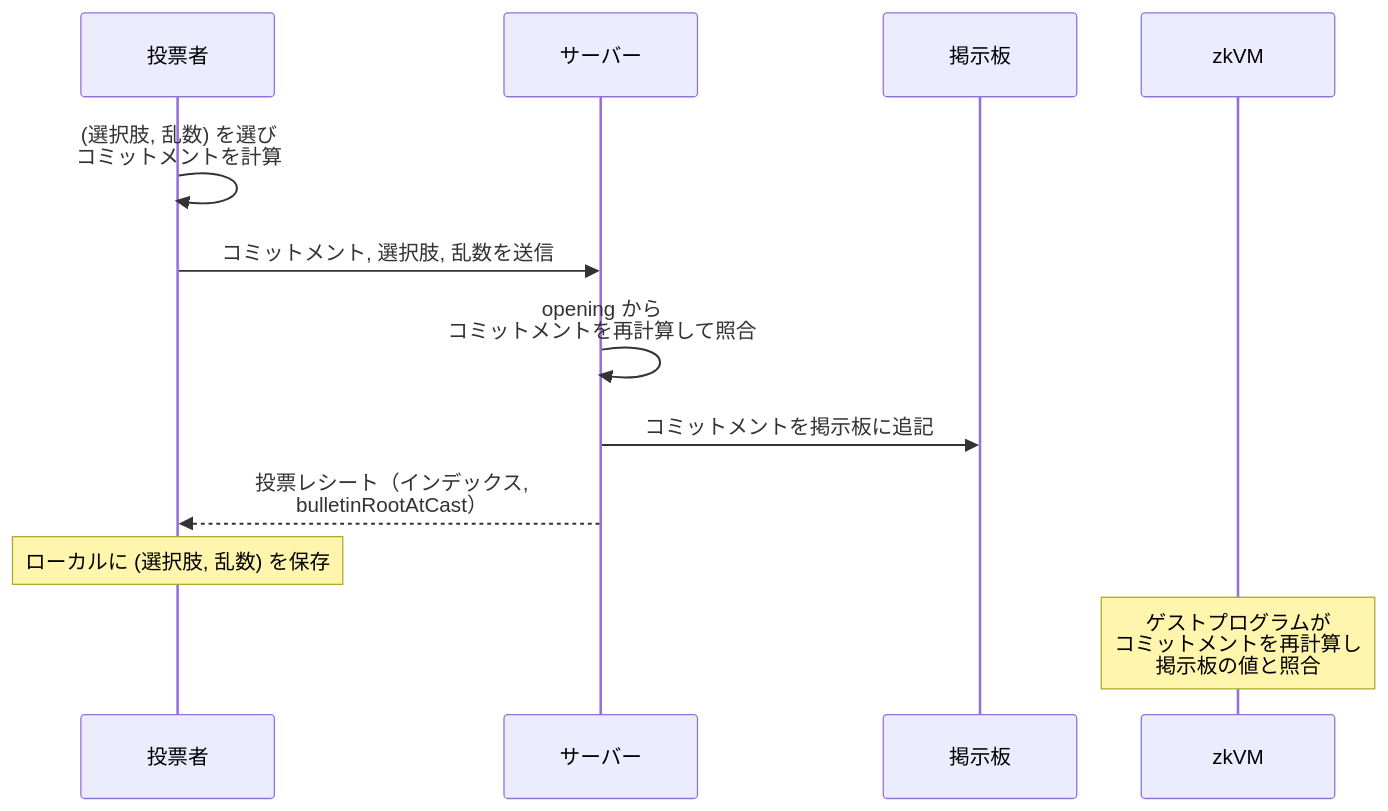
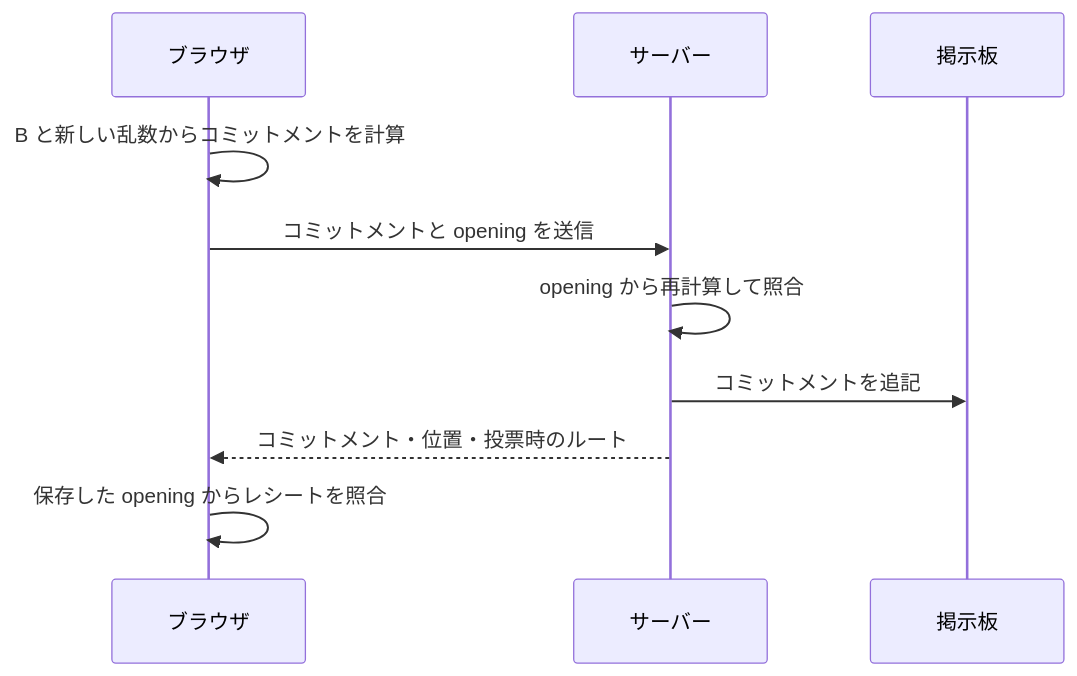
Before and after one commit to hwatanabe-jp/stark-ballot-simulator-public: the diagram in public-book/src/protocol/commitment.md, drawn with Mermaid. The commit also changed other lines of this file and 1197 other files, not shown here.

````diff
--- a/public-book/src/protocol/commitment.md
+++ b/public-book/src/protocol/commitment.md
@@ -124,15 +13,12 @@
 ```mermaid
 sequenceDiagram
-    participant V as 投票者
+    participant V as ブラウザ
     participant S as サーバー
     participant B as 掲示板
-    participant Z as zkVM
-
-    V->>V: (選択肢, 乱数) を選び<br/>コミットメントを計算
-    V->>S: コミットメント, 選択肢, 乱数を送信
-    S->>S: opening から<br/>コミットメントを再計算して照合
-    S->>B: コミットメントを掲示板に追記
-    S-->>V: 投票レシート（インデックス,<br/>bulletinRootAtCast）
-    Note over V: ローカルに (選択肢, 乱数) を保存
-    Note over Z: ゲストプログラムが<br/>コミットメントを再計算し<br/>掲示板の値と照合
+    V->>V: B と新しい乱数からコミットメントを計算
+    V->>S: コミットメントと opening を送信
+    S->>S: opening から再計算して照合
+    S->>B: コミットメントを追記
+    S-->>V: コミットメント・位置・投票時のルート
+    V->>V: 保存した opening からレシートを照合
 ```
````
